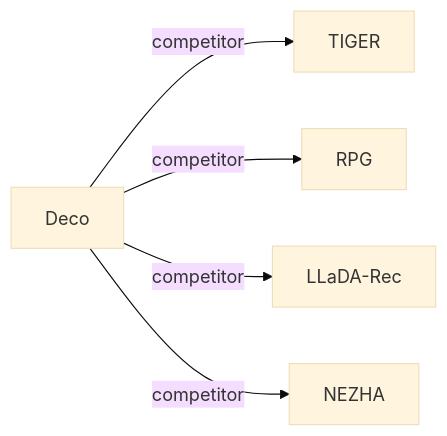
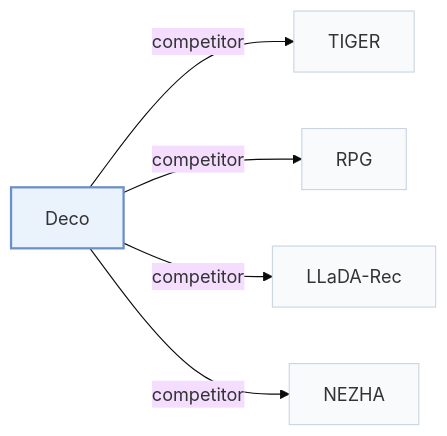
The second of 2 diagrams in pages/papers/deco.md (Galaxy-ghost/Awesome-SID-Generative-Rec), drawn with Mermaid (base theme) before and after one commit. The commit also changed other lines of this file and 649 other files, not shown here.

Commit message:
writer-05: also tags and modality index (schema, check, build, visuals); summary field removed; calibration data for 12 papers

````diff
--- a/pages/papers/deco.md
+++ b/pages/papers/deco.md
@@ -70,8 +74,12 @@
 ```mermaid
 flowchart LR
     P["Deco"]
-    P -->|competitor| A["TIGER"]
-    P -->|competitor| B["RPG"]
-    P -->|competitor| C["LLaDA-Rec"]
-    P -->|competitor| D["NEZHA"]
+    P -->|"competitor"| A["TIGER"]
+    P -->|"competitor"| B["RPG"]
+    P -->|"competitor"| C["LLaDA-Rec"]
+    P -->|"competitor"| D["NEZHA"]
+    classDef main fill:#eaf2fb,stroke:#6b8fc7,stroke-width:2px
+    classDef peer fill:#f8fafc,stroke:#cbd5e1
+    class P main
+    class A,B,C,D peer
 ```
````
